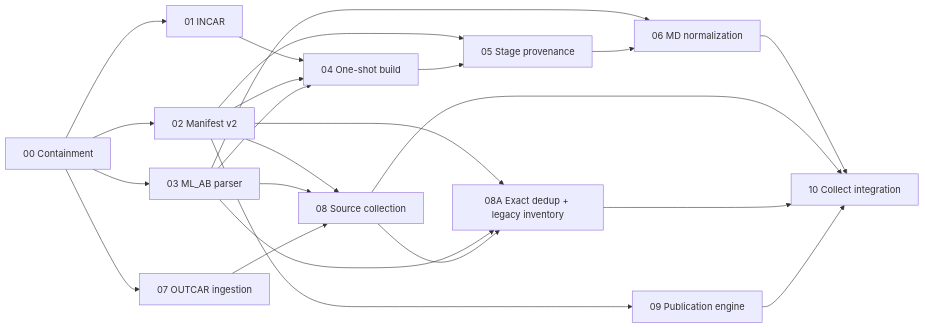
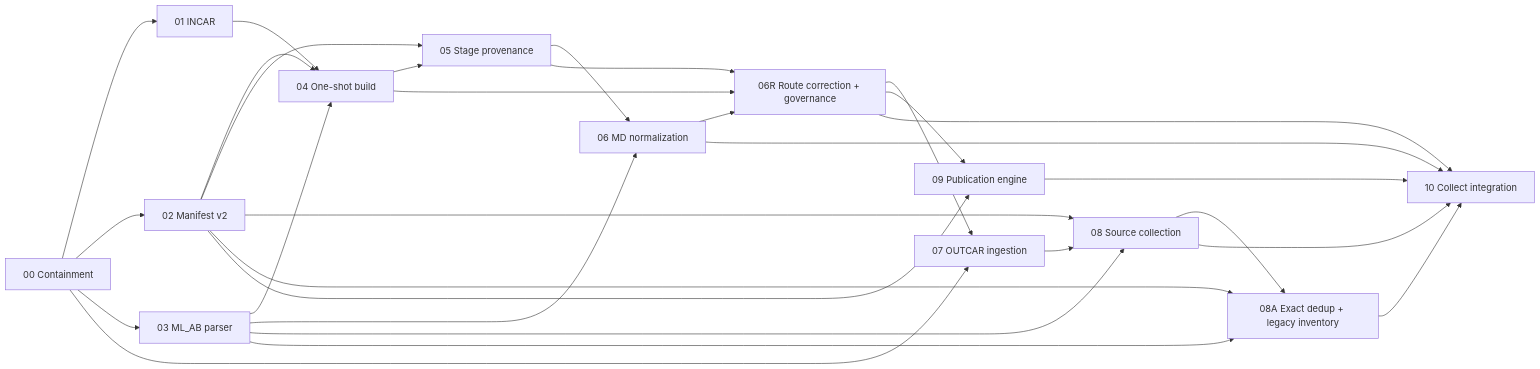
Before and after one commit to weishengless/DPmoire-lite: the diagram in docs/superpowers/plans/2026-07-11-code-review-followup/README.md, drawn with Mermaid. The commit also changed other lines of this file and 6 other files, not shown here.

Commit message:
docs: add plan 06r route correction

````diff
--- a/docs/superpowers/plans/2026-07-11-code-review-followup/README.md
+++ b/docs/superpowers/plans/2026-07-11-code-review-followup/README.md
@@ -139,32 +148,39 @@
 ```mermaid
 flowchart LR
     P00["00 Containment"] --> P01["01 INCAR"]
     P00 --> P02["02 Manifest v2"]
     P00 --> P03["03 ML_AB parser"]
     P00 --> P07["07 OUTCAR ingestion"]
 
     P01 --> P04["04 One-shot build"]
     P02 --> P04
     P03 --> P04
 
     P02 --> P05["05 Stage provenance"]
     P04 --> P05
 
     P03 --> P06["06 MD normalization"]
     P05 --> P06
 
+    P04 --> P06R["06R Route correction + governance"]
+    P05 --> P06R
+    P06 --> P06R
+    P06R --> P07
+
     P02 --> P08["08 Source collection"]
     P03 --> P08
     P07 --> P08
 
     P02 --> P08A["08A Exact dedup + legacy inventory"]
     P03 --> P08A
     P08 --> P08A
 
     P02 --> P09["09 Publication engine"]
+    P06R --> P09
 
     P06 --> P10["10 Collect integration"]
+    P06R --> P10
     P08 --> P10
     P08A --> P10
     P09 --> P10
 ```
````
